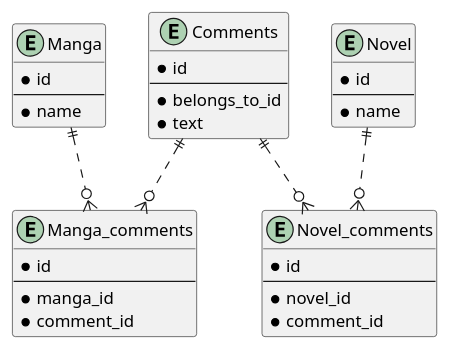
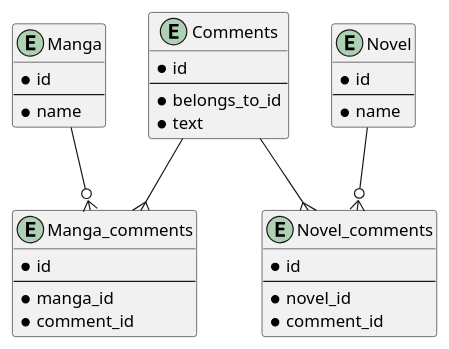
One commit to marushosummers/PrAhaChallenge changed the second of 2 diagrams in database/08_データベース設計のアンチパターンを学ぶ/Task_3.md. Above: the diagram before and after it, drawn with PlantUML. The commit also changed other lines of this file and 3 other files, not shown here.

Commit message:
fix: UML図を微修正

````diff
--- a/database/08_データベース設計のアンチパターンを学ぶ/Task_3.md
+++ b/database/08_データベース設計のアンチパターンを学ぶ/Task_3.md
@@ -87,42 +87,42 @@
 ```plantuml
 @startuml
 entity Manga {
   * id
   --
   * name
 }
 
 entity Manga_comments {
   * id
   --
   * manga_id
   * comment_id
 }
 
 entity Novel {
   * id
   --
   * name
 }
 
 entity Novel_comments {
   * id
   --
   * novel_id
   * comment_id
 }
 
 entity Comments {
   * id
   --
   * belongs_to_id
   * text
 }
 
 
-Manga ||..o{ Manga_comments
-Novel ||..o{ Novel_comments
-Comments ||..o{ Manga_comments
-Comments ||..o{ Novel_comments
+Manga --o{ Manga_comments
+Novel --o{ Novel_comments
+Comments --{ Manga_comments
+Comments--{ Novel_comments
 @enduml
 ```
````
